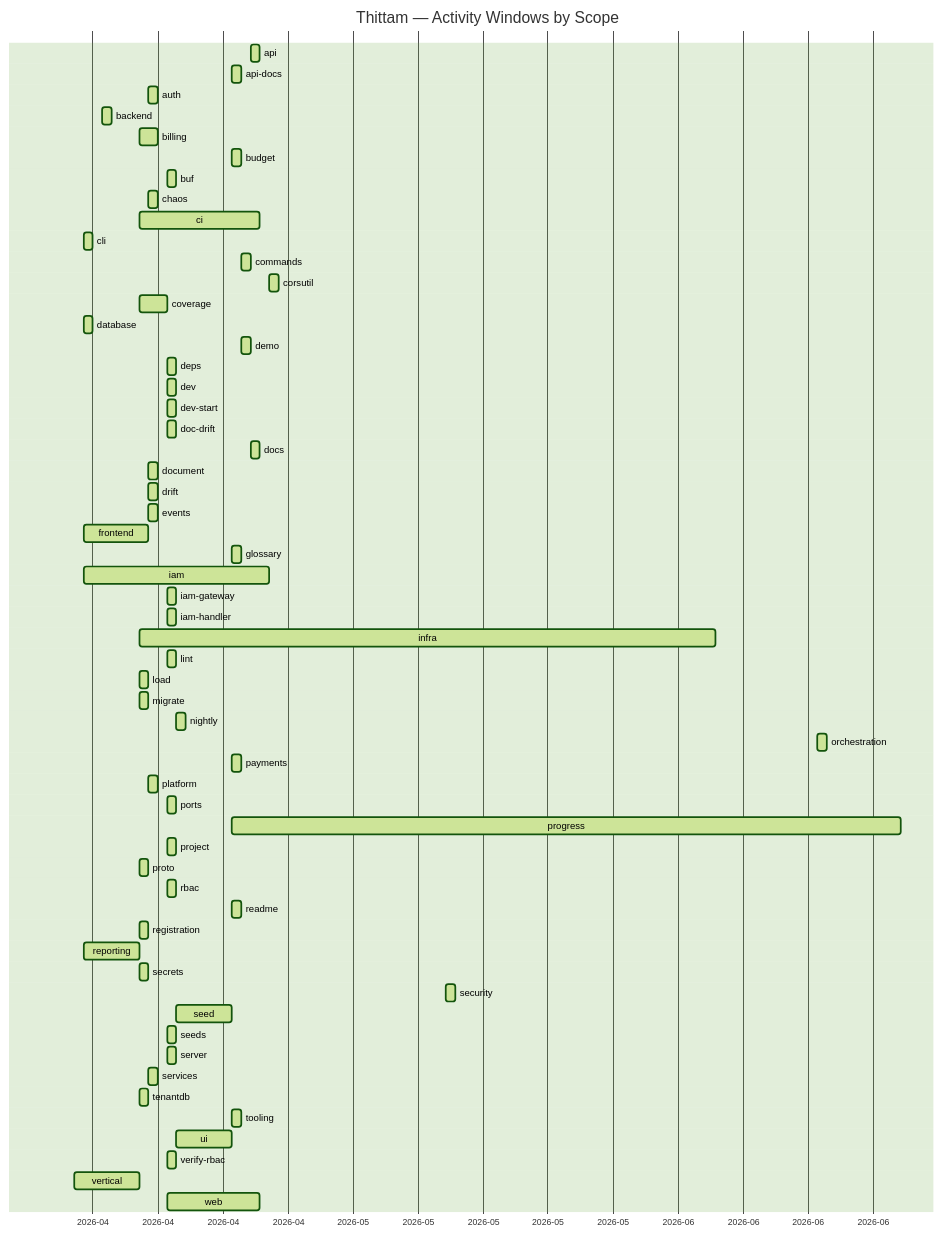
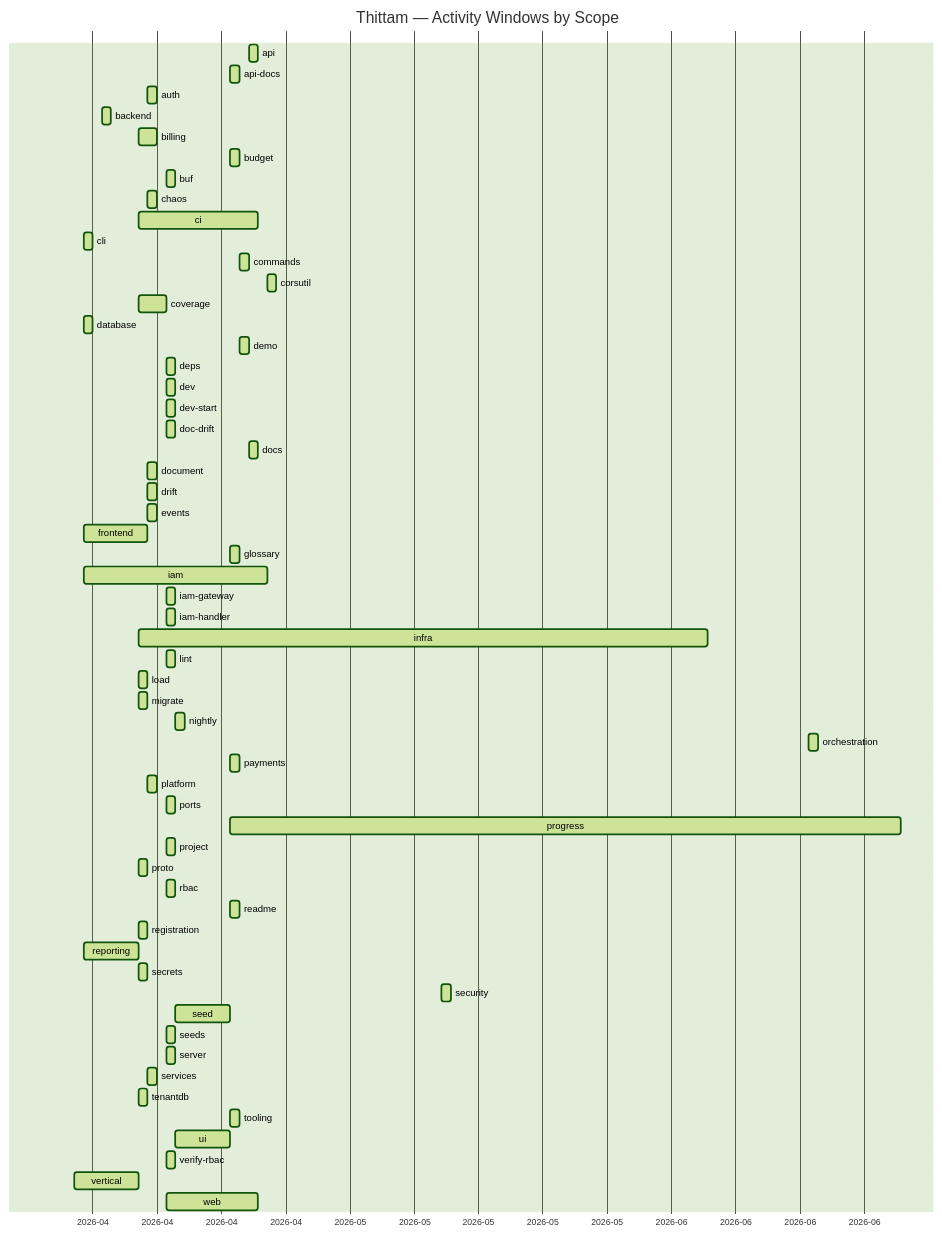
Before and after one commit to wegofwd2020-hub/thittam: the diagram in docs/PROGRESS.md, drawn with Mermaid (forest theme). The commit also changed other lines of this file and 1 other file, not shown here.

Commit message:
chore(progress): nightly update of docs/PROGRESS.md + CSVs

````diff
--- a/docs/PROGRESS.md
+++ b/docs/PROGRESS.md
@@ -9,62 +9,62 @@
 ```mermaid
 gantt
     title Thittam — Activity Windows by Scope
     dateFormat YYYY-MM-DD
     axisFormat %Y-%m
     api                :active, s_api, 2026-04-22, 2026-04-23
     api-docs           :active, s_api_docs, 2026-04-20, 2026-04-21
     auth               :active, s_auth, 2026-04-11, 2026-04-12
     backend            :active, s_backend, 2026-04-06, 2026-04-07
     billing            :active, s_billing, 2026-04-10, 2026-04-12
     budget             :active, s_budget, 2026-04-20, 2026-04-21
     buf                :active, s_buf, 2026-04-13, 2026-04-14
     chaos              :active, s_chaos, 2026-04-11, 2026-04-12
     ci                 :active, s_ci, 2026-04-10, 2026-04-23
     cli                :active, s_cli, 2026-04-04, 2026-04-05
     commands           :active, s_commands, 2026-04-21, 2026-04-22
     corsutil           :active, s_corsutil, 2026-04-24, 2026-04-25
     coverage           :active, s_coverage, 2026-04-10, 2026-04-13
     database           :active, s_database, 2026-04-04, 2026-04-05
     demo               :active, s_demo, 2026-04-21, 2026-04-22
     deps               :active, s_deps, 2026-04-13, 2026-04-14
     dev                :active, s_dev, 2026-04-13, 2026-04-14
     dev-start          :active, s_dev_start, 2026-04-13, 2026-04-14
     doc-drift          :active, s_doc_drift, 2026-04-13, 2026-04-14
     docs               :active, s_docs, 2026-04-22, 2026-04-23
     document           :active, s_document, 2026-04-11, 2026-04-12
     drift              :active, s_drift, 2026-04-11, 2026-04-12
     events             :active, s_events, 2026-04-11, 2026-04-12
     frontend           :active, s_frontend, 2026-04-04, 2026-04-11
     glossary           :active, s_glossary, 2026-04-20, 2026-04-21
     iam                :active, s_iam, 2026-04-04, 2026-04-24
     iam-gateway        :active, s_iam_gateway, 2026-04-13, 2026-04-14
     iam-handler        :active, s_iam_handler, 2026-04-13, 2026-04-14
     infra              :active, s_infra, 2026-04-10, 2026-06-11
     lint               :active, s_lint, 2026-04-13, 2026-04-14
     load               :active, s_load, 2026-04-10, 2026-04-11
     migrate            :active, s_migrate, 2026-04-10, 2026-04-11
     nightly            :active, s_nightly, 2026-04-14, 2026-04-15
     orchestration      :active, s_orchestration, 2026-06-22, 2026-06-23
     payments           :active, s_payments, 2026-04-20, 2026-04-21
     platform           :active, s_platform, 2026-04-11, 2026-04-12
     ports              :active, s_ports, 2026-04-13, 2026-04-14
-    progress           :active, s_progress, 2026-04-20, 2026-07-01
+    progress           :active, s_progress, 2026-04-20, 2026-07-02
     project            :active, s_project, 2026-04-13, 2026-04-14
     proto              :active, s_proto, 2026-04-10, 2026-04-11
     rbac               :active, s_rbac, 2026-04-13, 2026-04-14
     readme             :active, s_readme, 2026-04-20, 2026-04-21
     registration       :active, s_registration, 2026-04-10, 2026-04-11
     reporting          :active, s_reporting, 2026-04-04, 2026-04-10
     secrets            :active, s_secrets, 2026-04-10, 2026-04-11
     security           :active, s_security, 2026-05-13, 2026-05-14
     seed               :active, s_seed, 2026-04-14, 2026-04-20
     seeds              :active, s_seeds, 2026-04-13, 2026-04-14
     server             :active, s_server, 2026-04-13, 2026-04-14
     services           :active, s_services, 2026-04-11, 2026-04-12
     tenantdb           :active, s_tenantdb, 2026-04-10, 2026-04-11
     tooling            :active, s_tooling, 2026-04-20, 2026-04-21
     ui                 :active, s_ui, 2026-04-14, 2026-04-20
     verify-rbac        :active, s_verify_rbac, 2026-04-13, 2026-04-14
     vertical           :active, s_vertical, 2026-04-03, 2026-04-10
     web                :active, s_web, 2026-04-13, 2026-04-23
 ```
````
